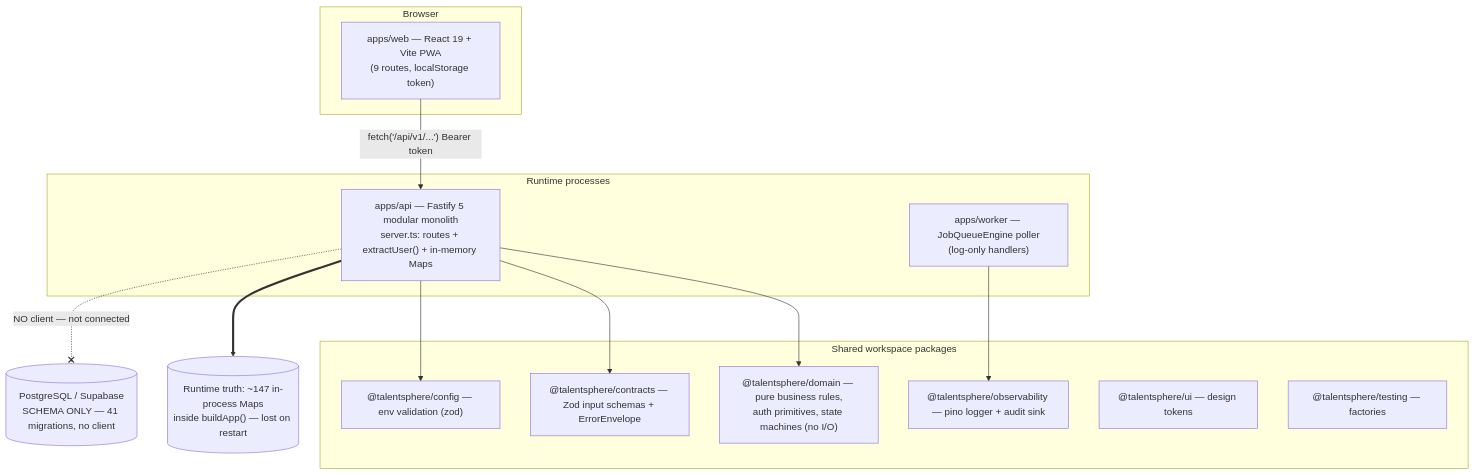
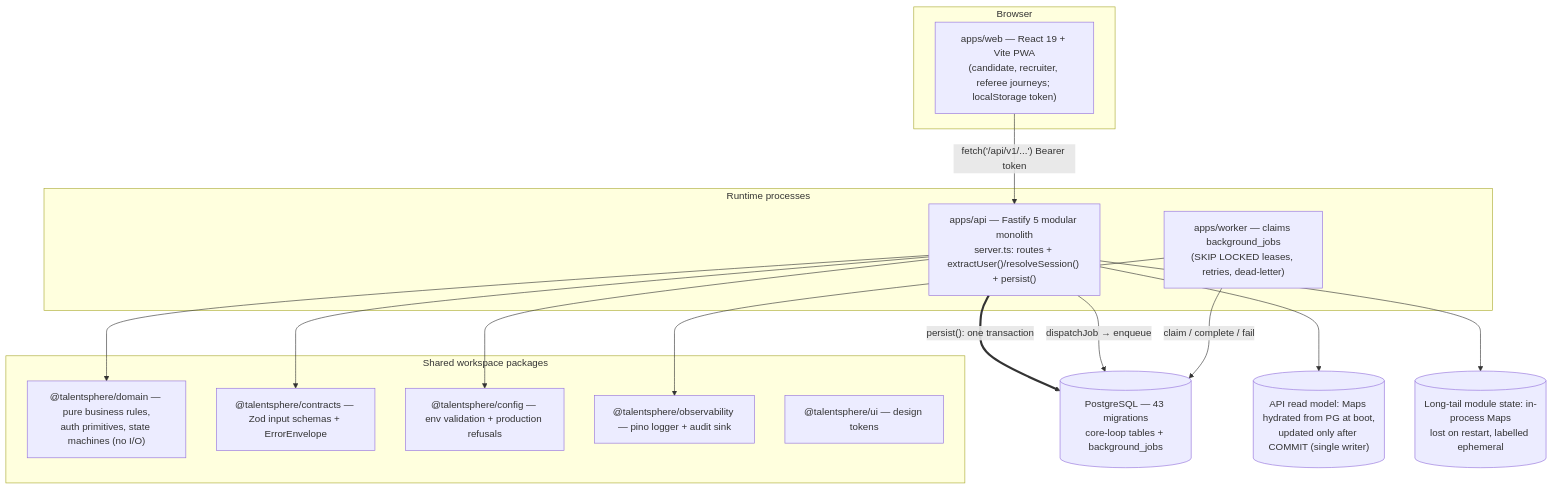
One commit to yhsomani/talentsphere-complete changed the diagram in ARCHITECTURE.md. Above: the diagram before and after it, drawn with Mermaid. The commit also changed other lines of this file and 11 other files, not shown here.

````diff
--- a/ARCHITECTURE.md
+++ b/ARCHITECTURE.md
@@ -29,28 +29,31 @@
 ```mermaid
 flowchart TD
     subgraph Browser
-        WEB["apps/web — React 19 + Vite PWA<br/>(9 routes, localStorage token)"]
+        WEB["apps/web — React 19 + Vite PWA<br/>(candidate, recruiter, referee journeys; localStorage token)"]
     end
     subgraph Runtime processes
-        API["apps/api — Fastify 5 modular monolith<br/>server.ts: routes + extractUser() + in-memory Maps"]
-        WORKER["apps/worker — JobQueueEngine poller<br/>(log-only handlers)"]
+        API["apps/api — Fastify 5 modular monolith<br/>server.ts: routes + extractUser()/resolveSession() + persist()"]
+        WORKER["apps/worker — claims background_jobs<br/>(SKIP LOCKED leases, retries, dead-letter)"]
     end
     subgraph Shared workspace packages
         DOM["@talentsphere/domain — pure business rules,<br/>auth primitives, state machines (no I/O)"]
         CON["@talentsphere/contracts — Zod input schemas + ErrorEnvelope"]
-        CFG["@talentsphere/config — env validation (zod)"]
+        CFG["@talentsphere/config — env validation + production refusals"]
         OBS["@talentsphere/observability — pino logger + audit sink"]
         UI["@talentsphere/ui — design tokens"]
-        TST["@talentsphere/testing — factories"]
     end
-    PG[("PostgreSQL / Supabase<br/>SCHEMA ONLY — 41 migrations, no client")]
-    MEM[("Runtime truth: ~147 in-process Maps<br/>inside buildApp() — lost on restart")]
+    PG[("PostgreSQL — 43 migrations<br/>core-loop tables + background_jobs")]
+    RM[("API read model: Maps hydrated from PG at boot,<br/>updated only after COMMIT (single writer)")]
+    MEM[("Long-tail module state: in-process Maps<br/>lost on restart, labelled ephemeral")]
 
     WEB -- "fetch('/api/v1/...') Bearer token" --> API
     API --> DOM
     API --> CON
     API --> CFG
+    API == "persist(): one transaction" ==> PG
+    API --> RM
+    API --> MEM
+    API -- "dispatchJob → enqueue" --> PG
+    WORKER -- "claim / complete / fail" --> PG
     WORKER --> OBS
-    API ==> MEM
-    API -. "NO client — not connected" .-x PG
 ```
````
